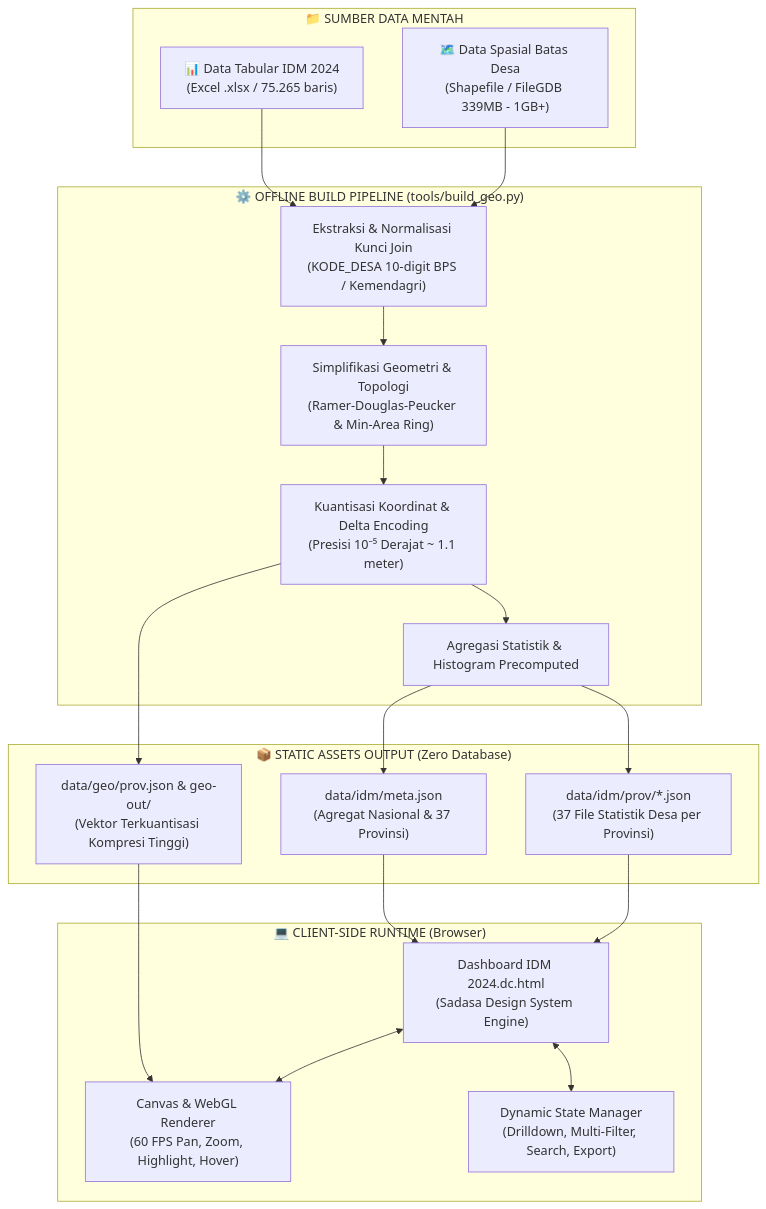
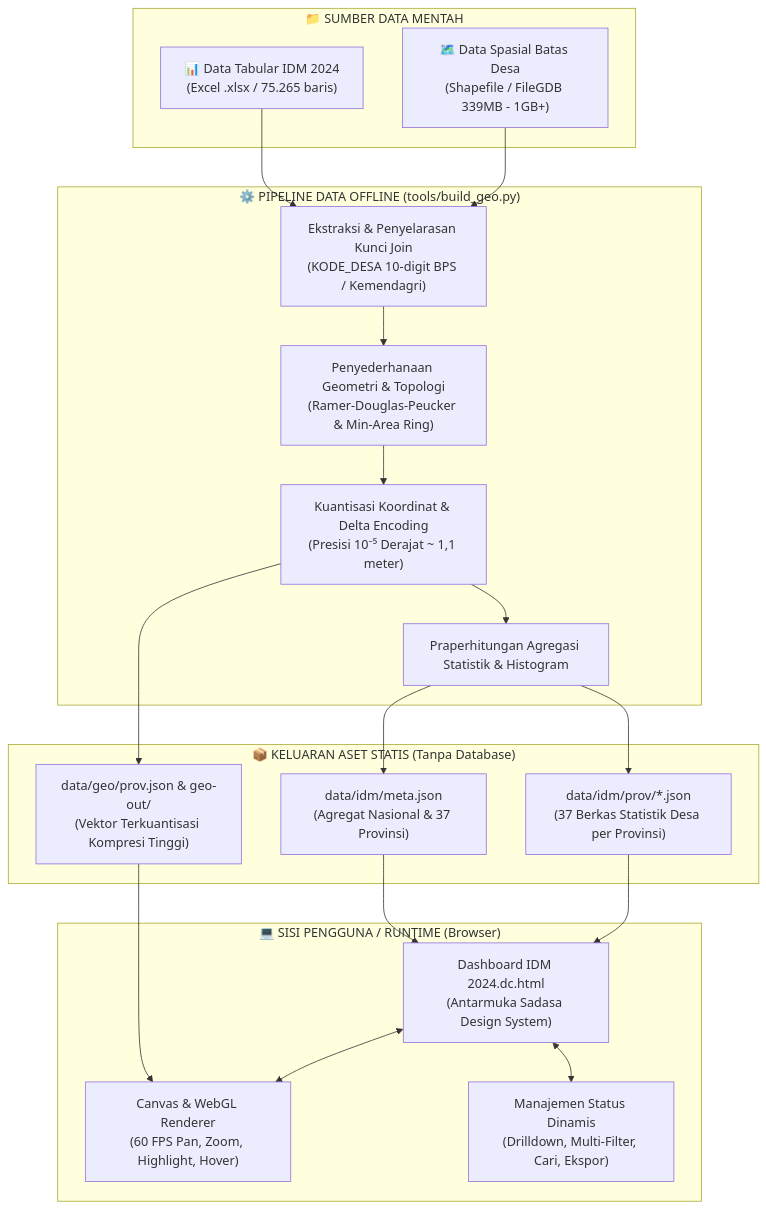
One commit to kristonova/Visualisasi-Indeks-Desa-Membangun--IDM--2024 changed the diagram in README.md. Above: the diagram before and after it, drawn with Mermaid. The commit also changed other lines of this file and 2 other files, not shown here.

````diff
--- a/README.md
+++ b/README.md
@@ -125,38 +125,38 @@
 ```mermaid
 flowchart TD
     subgraph DataSources["📁 SUMBER DATA MENTAH"]
         A1["📊 Data Tabular IDM 2024<br/>(Excel .xlsx / 75.265 baris)"]
         A2["🗺️ Data Spasial Batas Desa<br/>(Shapefile / FileGDB 339MB - 1GB+)"]
     end
 
-    subgraph Pipeline["⚙️ OFFLINE BUILD PIPELINE (tools/build_geo.py)"]
-        B1["Ekstraksi & Normalisasi Kunci Join<br/>(KODE_DESA 10-digit BPS / Kemendagri)"]
-        B2["Simplifikasi Geometri & Topologi<br/>(Ramer-Douglas-Peucker & Min-Area Ring)"]
-        B3["Kuantisasi Koordinat & Delta Encoding<br/>(Presisi 10⁻⁵ Derajat ~ 1.1 meter)"]
-        B4["Agregasi Statistik & Histogram Precomputed"]
+    subgraph Pipeline["⚙️ PIPELINE DATA OFFLINE (tools/build_geo.py)"]
+        B1["Ekstraksi & Penyelarasan Kunci Join<br/>(KODE_DESA 10-digit BPS / Kemendagri)"]
+        B2["Penyederhanaan Geometri & Topologi<br/>(Ramer-Douglas-Peucker & Min-Area Ring)"]
+        B3["Kuantisasi Koordinat & Delta Encoding<br/>(Presisi 10⁻⁵ Derajat ~ 1,1 meter)"]
+        B4["Praperhitungan Agregasi Statistik & Histogram"]
     end
 
-    subgraph StaticAssets["📦 STATIC ASSETS OUTPUT (Zero Database)"]
+    subgraph StaticAssets["📦 KELUARAN ASET STATIS (Tanpa Database)"]
         C1["data/idm/meta.json<br/>(Agregat Nasional & 37 Provinsi)"]
-        C2["data/idm/prov/*.json<br/>(37 File Statistik Desa per Provinsi)"]
+        C2["data/idm/prov/*.json<br/>(37 Berkas Statistik Desa per Provinsi)"]
         C3["data/geo/prov.json & geo-out/<br/>(Vektor Terkuantisasi Kompresi Tinggi)"]
     end
 
-    subgraph ClientRuntime["💻 CLIENT-SIDE RUNTIME (Browser)"]
-        D1["Dashboard IDM 2024.dc.html<br/>(Sadasa Design System Engine)"]
+    subgraph ClientRuntime["💻 SISI PENGGUNA / RUNTIME (Browser)"]
+        D1["Dashboard IDM 2024.dc.html<br/>(Antarmuka Sadasa Design System)"]
         D2["Canvas & WebGL Renderer<br/>(60 FPS Pan, Zoom, Highlight, Hover)"]
-        D3["Dynamic State Manager<br/>(Drilldown, Multi-Filter, Search, Export)"]
+        D3["Manajemen Status Dinamis<br/>(Drilldown, Multi-Filter, Cari, Ekspor)"]
     end
 
     A1 --> B1
     A2 --> B1
     B1 --> B2 --> B3 --> B4
     B4 --> C1
     B4 --> C2
     B3 --> C3
     C1 --> D1
     C2 --> D1
     C3 --> D2
     D1 <--> D2
     D1 <--> D3
 ```
````
